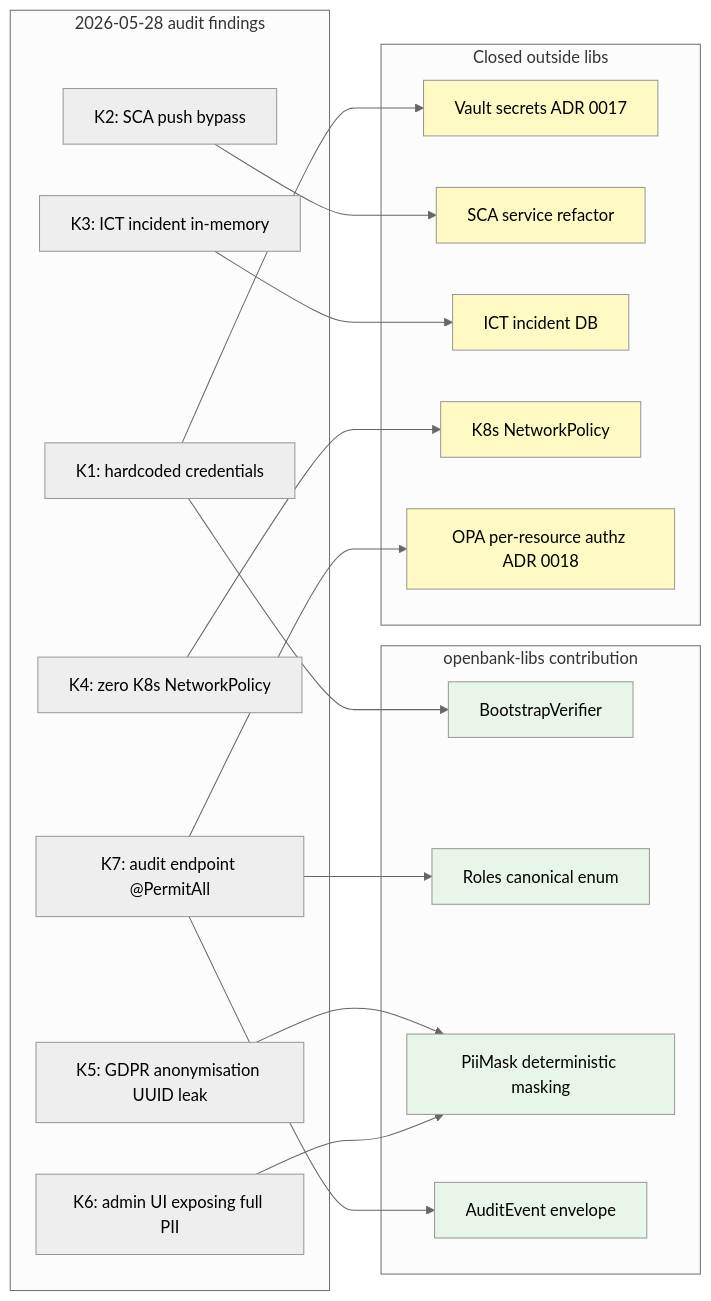
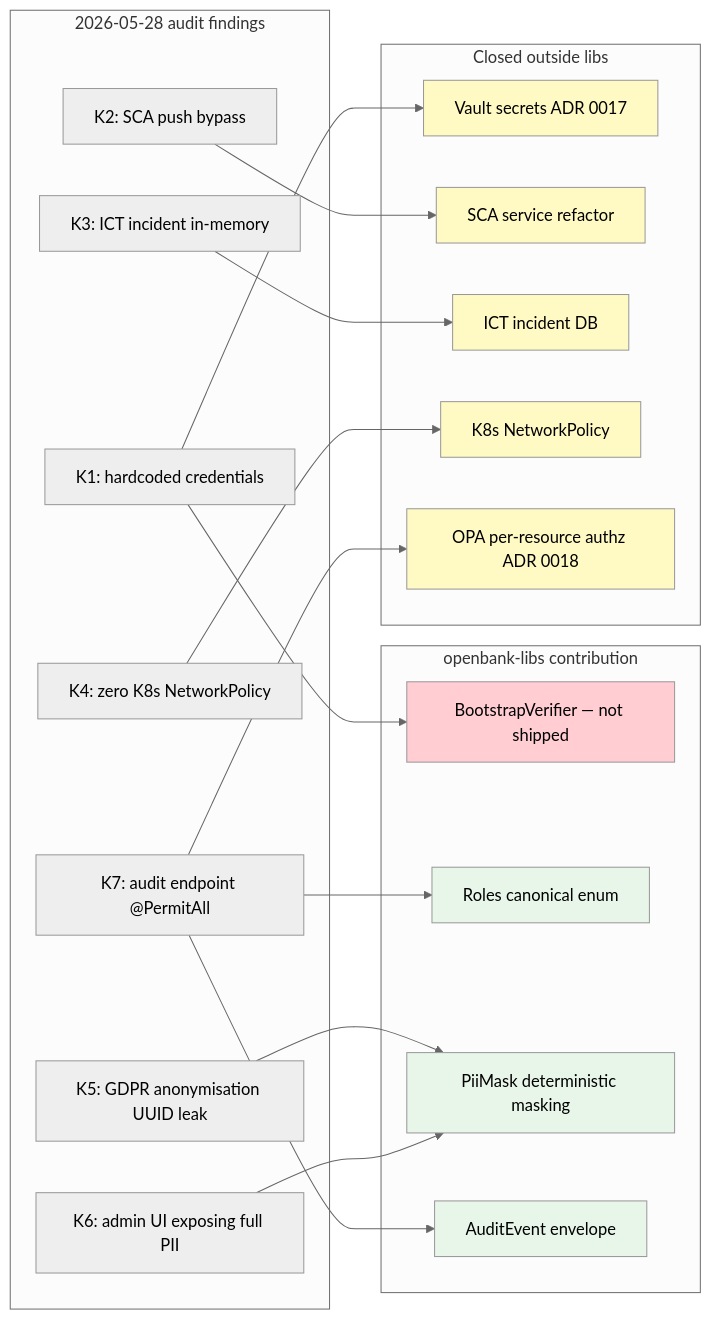
The diagram in openbank-libs/docs/06-compliance.en.md (JiRaska/open-bank-oss), drawn with Mermaid (neutral theme) before and after one commit. The commit also changed other lines of this file and 2 other files, not shown here.

First line of the commit message:
docs(libs): mark BootstrapVerifier not shipped in the DORA/NIS2 control map

````diff
--- a/openbank-libs/docs/06-compliance.en.md
+++ b/openbank-libs/docs/06-compliance.en.md
@@ -25,48 +25,48 @@
 ```mermaid
 graph LR
   subgraph Audit["2026-05-28 audit findings"]
     K1[K1: hardcoded credentials]
     K2[K2: SCA push bypass]
     K3[K3: ICT incident in-memory]
     K4[K4: zero K8s NetworkPolicy]
     K5[K5: GDPR anonymisation UUID leak]
     K6[K6: admin UI exposing full PII]
     K7["K7: audit endpoint @PermitAll"]
   end
 
   subgraph LibsContrib["openbank-libs contribution"]
-    BV[BootstrapVerifier]
+    BV["BootstrapVerifier — not shipped"]
     Roles[Roles canonical enum]
     PiiMask[PiiMask deterministic masking]
     AuditEvent[AuditEvent envelope]
   end
 
   subgraph Outside["Closed outside libs"]
     Vault[Vault secrets ADR 0017]
     SCA[SCA service refactor]
     Incident[ICT incident DB]
     NetPol[K8s NetworkPolicy]
     OPA[OPA per-resource authz ADR 0018]
   end
 
   K1 --> BV
   K1 --> Vault
   K2 --> SCA
   K3 --> Incident
   K4 --> NetPol
   K5 --> PiiMask
   K6 --> PiiMask
   K7 --> Roles
   K7 --> OPA
   K7 --> AuditEvent
 
-  style BV fill:#e8f5e9
+  style BV fill:#ffcdd2
   style PiiMask fill:#e8f5e9
   style Roles fill:#e8f5e9
   style AuditEvent fill:#e8f5e9
   style Vault fill:#fff9c4
   style SCA fill:#fff9c4
   style Incident fill:#fff9c4
   style NetPol fill:#fff9c4
   style OPA fill:#fff9c4
 ```
````
